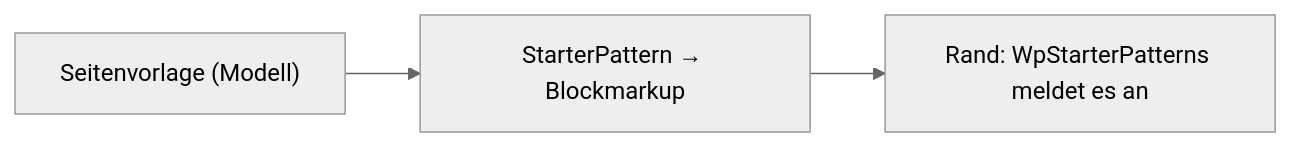
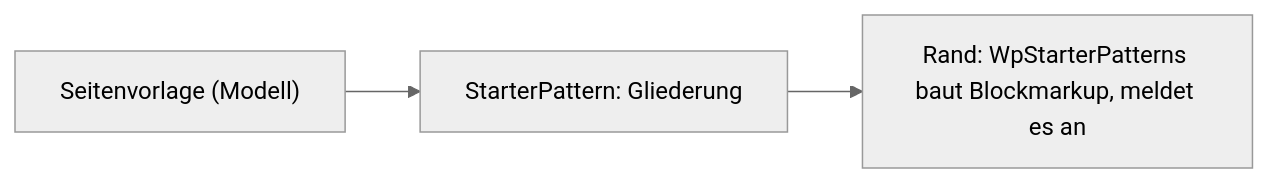
The diagram in src/Core/Page/README.md (sfambach/wp-taxonomy-modeler), drawn with Mermaid (neutral theme) before and after one commit. The commit also changed other lines of this file and 7 other files, not shown here.

First line of the commit message:
Renderer 6c Schritt 1: Ratsche ohne Kommentare (D-1429 O1), Startmuster-Blockmarkup am Rand; Wortschatz-Entwurf (A14)

````diff
--- a/src/Core/Page/README.md
+++ b/src/Core/Page/README.md
@@ -7,5 +7,5 @@
 ```mermaid
 flowchart LR
-  V["Seitenvorlage (Modell)"] --> P["StarterPattern → Blockmarkup"]
-  P --> R["Rand: WpStarterPatterns meldet es an"]
+  V["Seitenvorlage (Modell)"] --> P["StarterPattern: Gliederung"]
+  P --> R["Rand: WpStarterPatterns baut Blockmarkup, meldet es an"]
 ```
````
